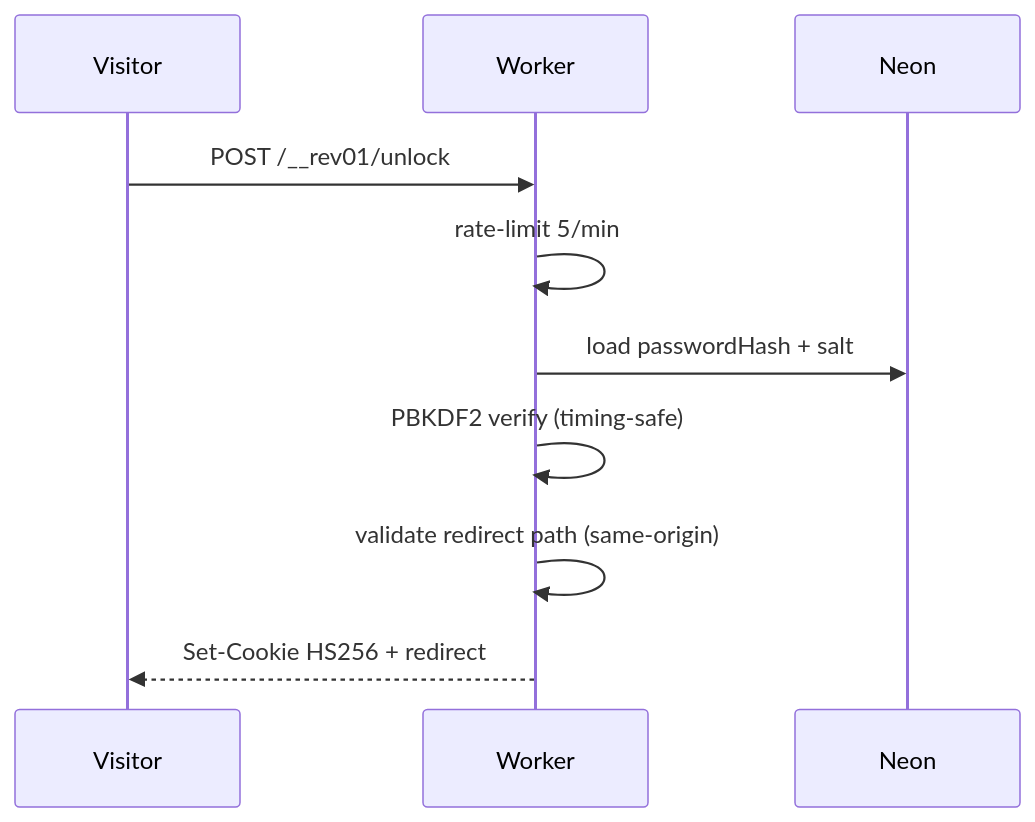
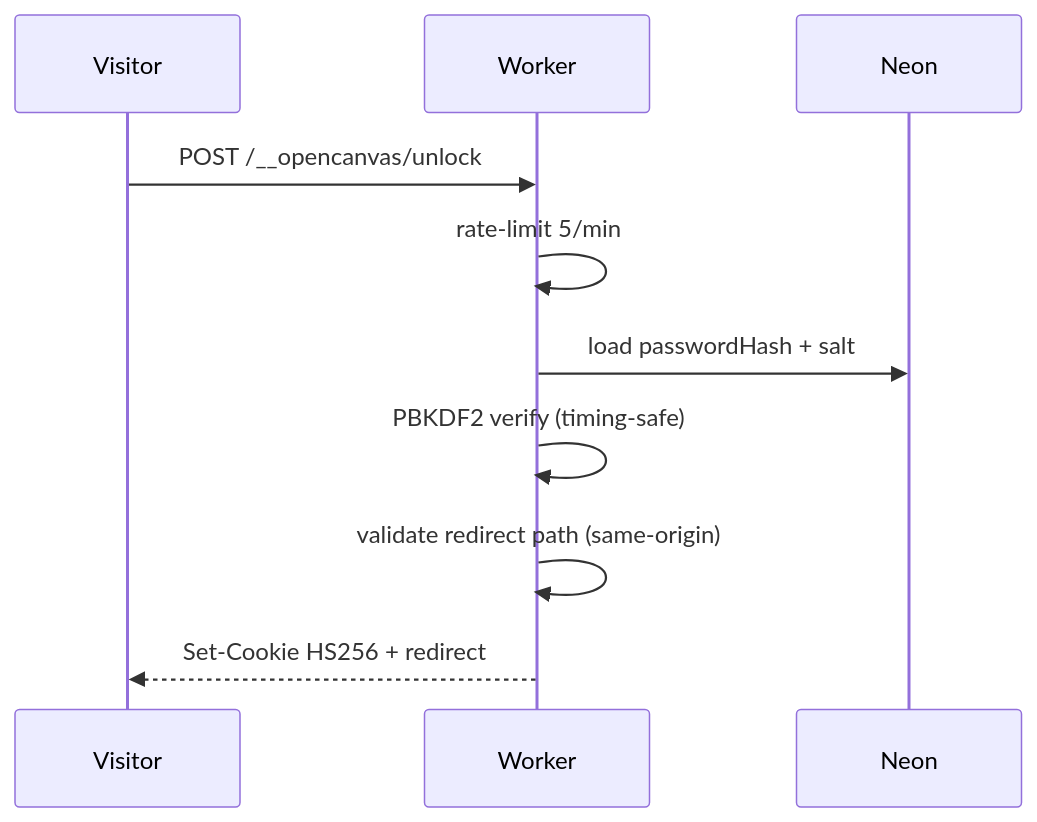
Before and after one commit to aayushman-singh/open-canvas: diagram 26 of 35 in docs/demo/diagrams/live-draw-reference.md, drawn with Mermaid. The commit also changed other lines of this file and 6 other files, not shown here.

````diff
--- a/docs/demo/diagrams/live-draw-reference.md
+++ b/docs/demo/diagrams/live-draw-reference.md
@@ -836,12 +836,12 @@
 ```mermaid
 sequenceDiagram
   participant V as Visitor
   participant W as Worker
   participant DB as Neon
-  V->>W: POST /__rev01/unlock
+  V->>W: POST /__opencanvas/unlock
   W->>W: rate-limit 5/min
   W->>DB: load passwordHash + salt
   W->>W: PBKDF2 verify (timing-safe)
   W->>W: validate redirect path (same-origin)
   W-->>V: Set-Cookie HS256 + redirect
 ```
````
